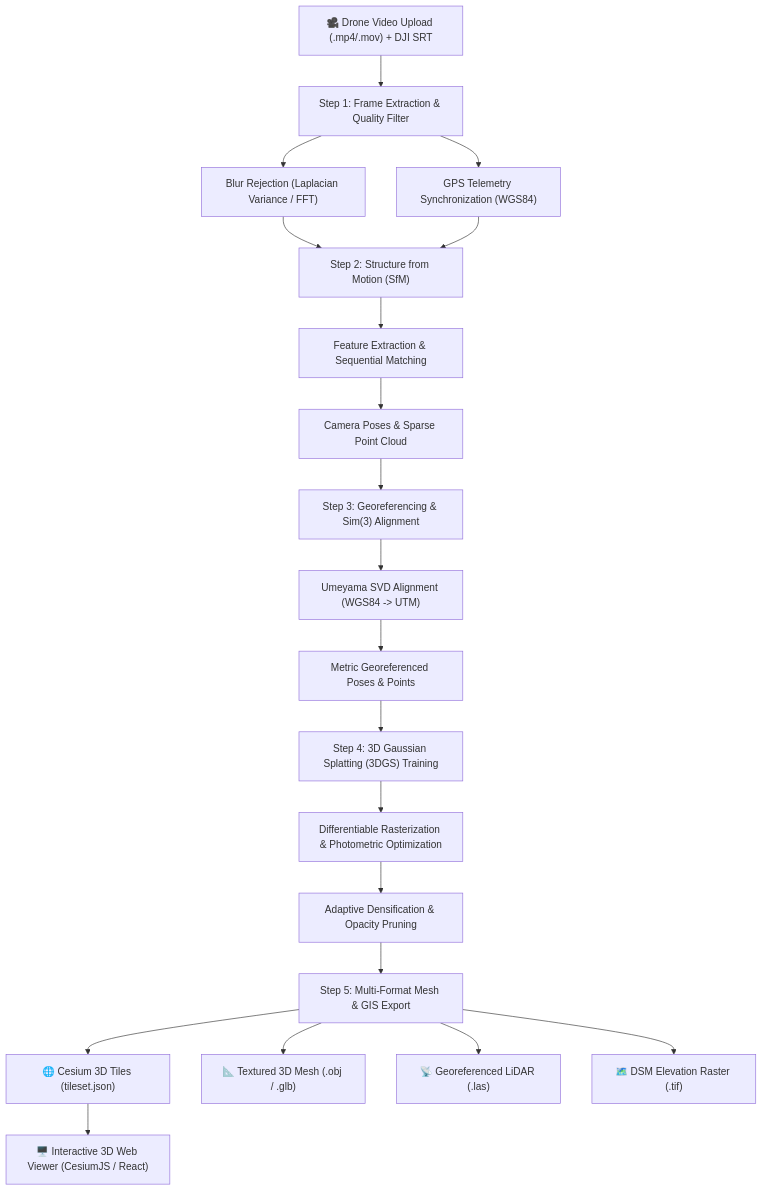
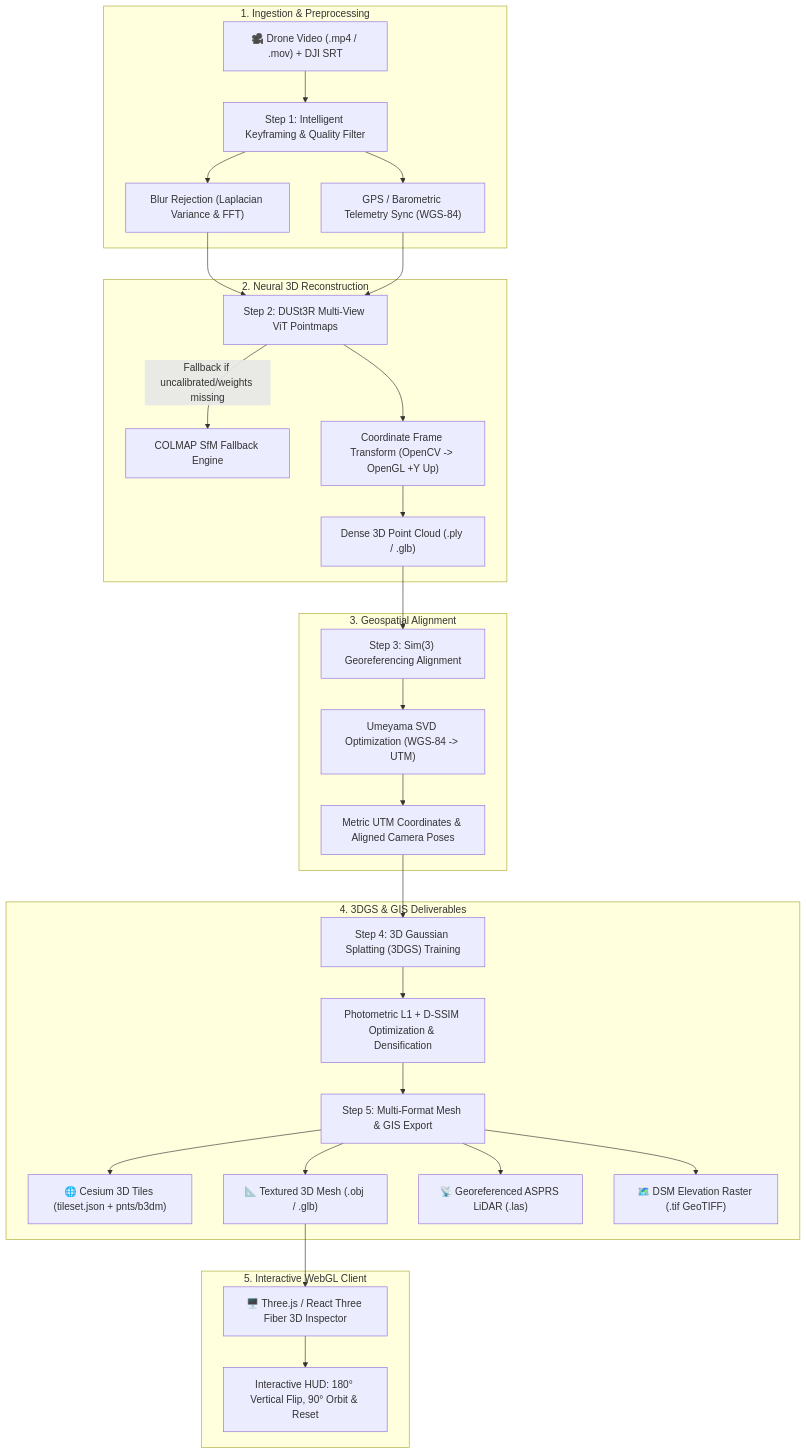
One commit to SatvikPrabhu/SIH-Project changed the diagram in documentation.md. Above: the diagram before and after it, drawn with Mermaid. The commit also changed other lines of this file, not shown here.

````diff
--- a/documentation.md
+++ b/documentation.md
@@ -9,22 +9,37 @@
 ```mermaid
 flowchart TD
-    A["🎥 Drone Video Upload (.mp4/.mov) + DJI SRT"] --> B["Step 1: Frame Extraction & Quality Filter"]
-    B --> C["Blur Rejection (Laplacian Variance / FFT)"]
-    B --> D["GPS Telemetry Synchronization (WGS84)"]
-    C --> E["Step 2: Structure from Motion (SfM)"]
-    D --> E
-    E --> F["Feature Extraction & Sequential Matching"]
-    F --> G["Camera Poses & Sparse Point Cloud"]
-    G --> H["Step 3: Georeferencing & Sim(3) Alignment"]
-    H --> I["Umeyama SVD Alignment (WGS84 -> UTM)"]
-    I --> J["Metric Georeferenced Poses & Points"]
-    J --> K["Step 4: 3D Gaussian Splatting (3DGS) Training"]
-    K --> L["Differentiable Rasterization & Photometric Optimization"]
-    L --> M["Adaptive Densification & Opacity Pruning"]
-    M --> N["Step 5: Multi-Format Mesh & GIS Export"]
-    N --> O1["🌐 Cesium 3D Tiles (tileset.json)"]
-    N --> O2["📐 Textured 3D Mesh (.obj / .glb)"]
-    N --> O3["📡 Georeferenced LiDAR (.las)"]
-    N --> O4["🗺️ DSM Elevation Raster (.tif)"]
-    O1 --> P["🖥️ Interactive 3D Web Viewer (CesiumJS / React)"]
+    subgraph INGESTION["1. Ingestion & Preprocessing"]
+        A["🎥 Drone Video (.mp4 / .mov) + DJI SRT"] --> B["Step 1: Intelligent Keyframing & Quality Filter"]
+        B --> C["Blur Rejection (Laplacian Variance & FFT)"]
+        B --> D["GPS / Barometric Telemetry Sync (WGS-84)"]
+    end
+
+    subgraph RECONSTRUCTION["2. Neural 3D Reconstruction"]
+        C --> E["Step 2: DUSt3R Multi-View ViT Pointmaps"]
+        D --> E
+        E -->|Fallback if uncalibrated/weights missing| SFM["COLMAP SfM Fallback Engine"]
+        E --> F["Coordinate Frame Transform (OpenCV -> OpenGL +Y Up)"]
+        F --> G["Dense 3D Point Cloud (.ply / .glb)"]
+    end
+
+    subgraph GEOREFERENCING["3. Geospatial Alignment"]
+        G --> H["Step 3: Sim(3) Georeferencing Alignment"]
+        H --> I["Umeyama SVD Optimization (WGS-84 -> UTM)"]
+        I --> J["Metric UTM Coordinates & Aligned Camera Poses"]
+    end
+
+    subgraph RENDERING_EXPORT["4. 3DGS & GIS Deliverables"]
+        J --> K["Step 4: 3D Gaussian Splatting (3DGS) Training"]
+        K --> L["Photometric L1 + D-SSIM Optimization & Densification"]
+        L --> M["Step 5: Multi-Format Mesh & GIS Export"]
+        M --> O1["🌐 Cesium 3D Tiles (tileset.json + pnts/b3dm)"]
+        M --> O2["📐 Textured 3D Mesh (.obj / .glb)"]
+        M --> O3["📡 Georeferenced ASPRS LiDAR (.las)"]
+        M --> O4["🗺️ DSM Elevation Raster (.tif GeoTIFF)"]
+    end
+
+    subgraph VIEWPORT["5. Interactive WebGL Client"]
+        O2 --> P["🖥️ Three.js / React Three Fiber 3D Inspector"]
+        P --> Q["Interactive HUD: 180° Vertical Flip, 90° Orbit & Reset"]
+    end
 ```
````
